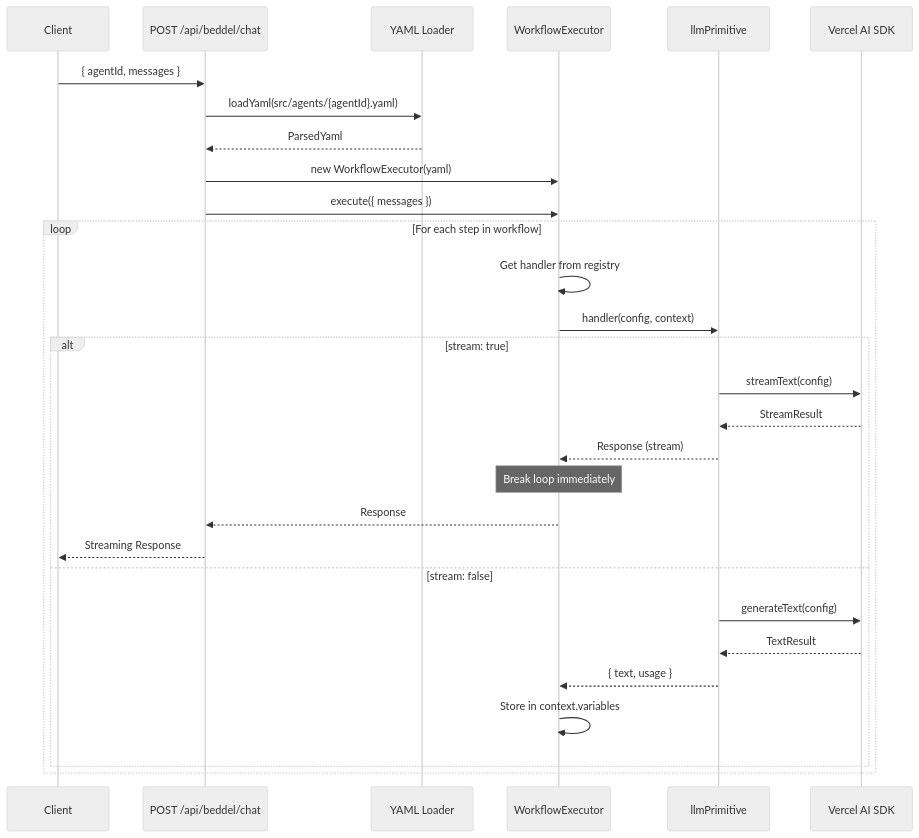
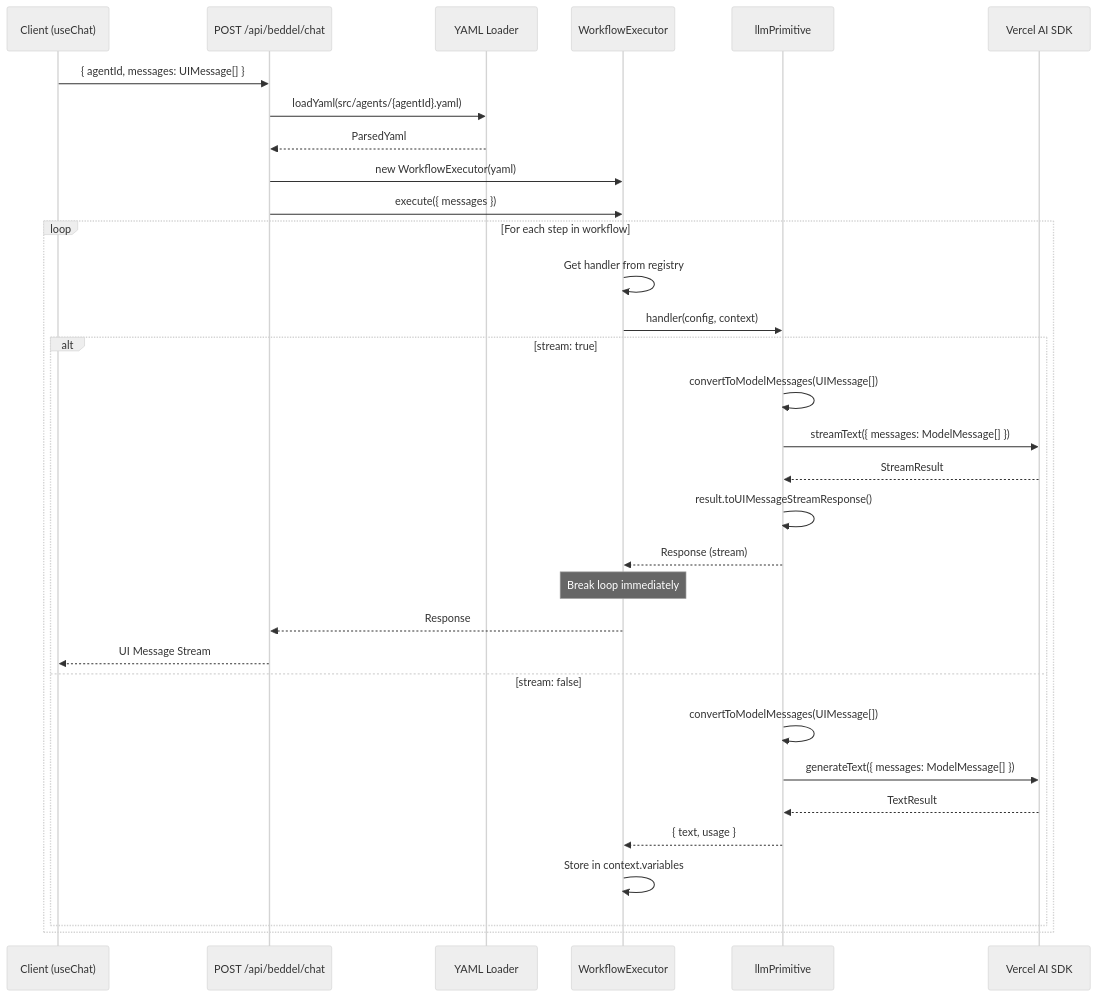
The first of 4 diagrams in packages/beddel/docs/architecture/core-workflows.md (botanarede/beddel-chat), drawn with Mermaid (neutral theme) before and after one commit. The commit also changed other lines of this file and 26 other files, not shown here.

````diff
--- a/packages/beddel/docs/architecture/core-workflows.md
+++ b/packages/beddel/docs/architecture/core-workflows.md
@@ -111,34 +111,37 @@
 ```mermaid
 sequenceDiagram
-    participant Client
+    participant Client as Client (useChat)
     participant API as POST /api/beddel/chat
     participant Loader as YAML Loader
     participant Executor as WorkflowExecutor
     participant LLM as llmPrimitive
     participant SDK as Vercel AI SDK
 
-    Client->>API: { agentId, messages }
+    Client->>API: { agentId, messages: UIMessage[] }
     API->>Loader: loadYaml(src/agents/{agentId}.yaml)
     Loader-->>API: ParsedYaml
     API->>Executor: new WorkflowExecutor(yaml)
     API->>Executor: execute({ messages })
     
     loop For each step in workflow
         Executor->>Executor: Get handler from registry
         Executor->>LLM: handler(config, context)
         
         alt stream: true
-            LLM->>SDK: streamText(config)
+            LLM->>LLM: convertToModelMessages(UIMessage[])
+            LLM->>SDK: streamText({ messages: ModelMessage[] })
             SDK-->>LLM: StreamResult
+            LLM->>LLM: result.toUIMessageStreamResponse()
             LLM-->>Executor: Response (stream)
             Note over Executor: Break loop immediately
             Executor-->>API: Response
-            API-->>Client: Streaming Response
+            API-->>Client: UI Message Stream
         else stream: false
-            LLM->>SDK: generateText(config)
+            LLM->>LLM: convertToModelMessages(UIMessage[])
+            LLM->>SDK: generateText({ messages: ModelMessage[] })
             SDK-->>LLM: TextResult
             LLM-->>Executor: { text, usage }
             Executor->>Executor: Store in context.variables
         end
     end
 ```
````
